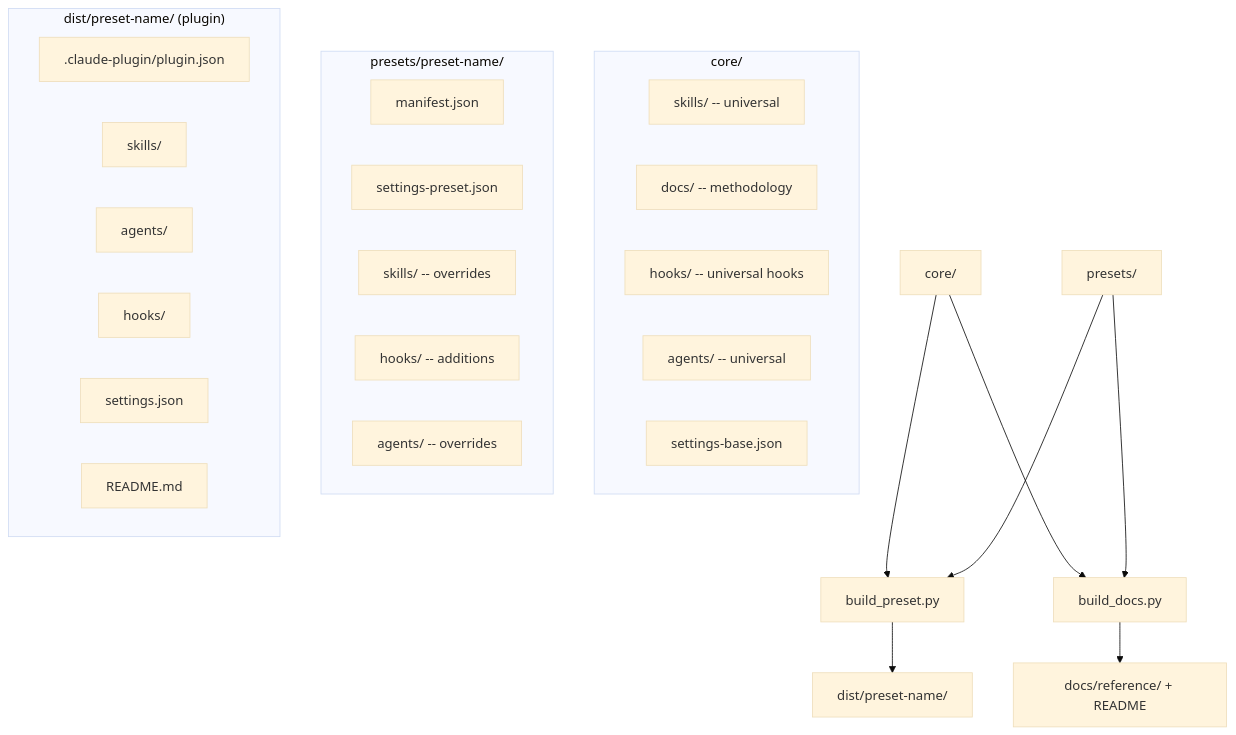
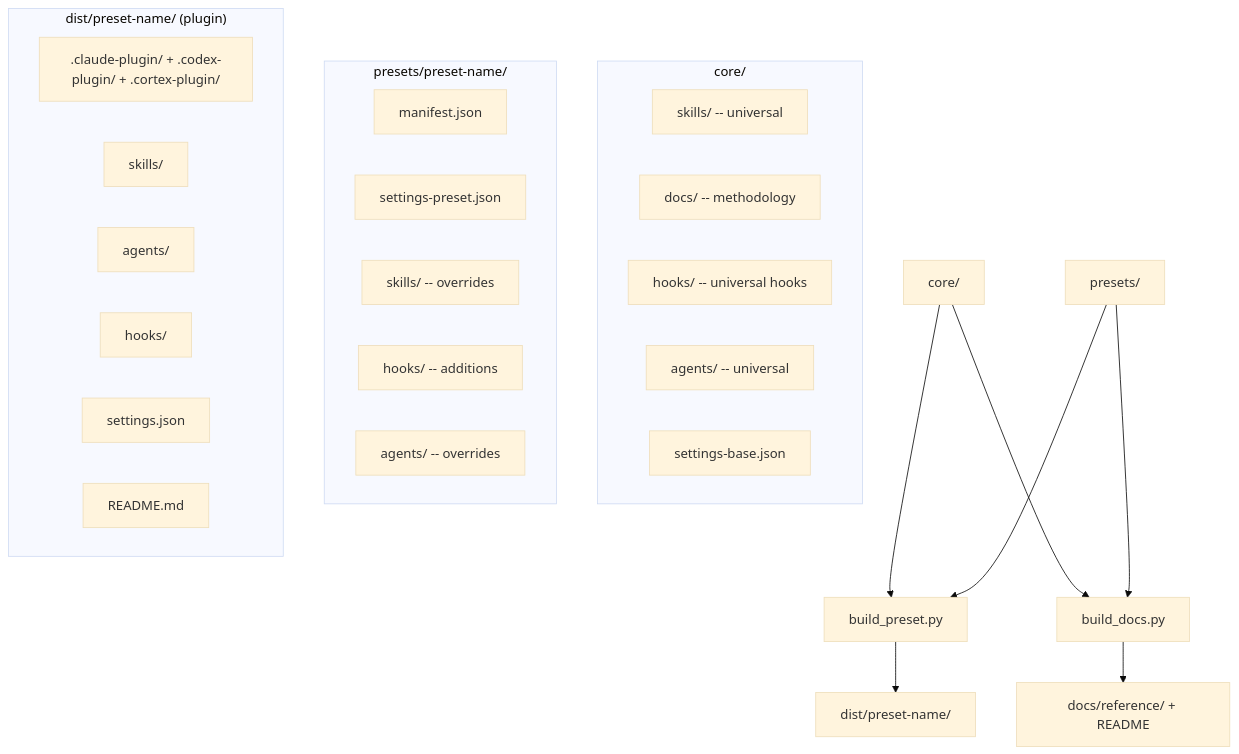
One commit to cdcoonce/the-workshop changed the second of 3 diagrams in README.md. Above: the diagram before and after it, drawn with Mermaid (base theme). The commit also changed other lines of this file and 62 other files, not shown here.

````diff
--- a/README.md
+++ b/README.md
@@ -350,35 +355,35 @@
 ```mermaid
 graph TD
     CORE[core/] --> BUILD[build_preset.py]
     PRESETS[presets/] --> BUILD
     BUILD --> DIST[dist/preset-name/]
 
     CORE --> DOCS[build_docs.py]
     PRESETS --> DOCS
     DOCS --> REF[docs/reference/ + README]
 
     subgraph "core/"
         SKILLS_CORE[skills/ -- universal]
         DOCS_CORE[docs/ -- methodology]
         HOOKS_CORE[hooks/ -- universal hooks]
         AGENTS_CORE[agents/ -- universal]
         BASE_JSON[settings-base.json]
     end
 
     subgraph "presets/preset-name/"
         MANIFEST[manifest.json]
         PRESET_JSON[settings-preset.json]
         SKILLS_PRESET[skills/ -- overrides]
         HOOKS_PRESET[hooks/ -- additions]
         AGENTS_PRESET[agents/ -- overrides]
     end
 
     subgraph "dist/preset-name/ (plugin)"
-        OUT_PLUGIN[.claude-plugin/plugin.json]
+        OUT_PLUGIN[".claude-plugin/ + .codex-plugin/ + .cortex-plugin/"]
         OUT_SKILLS[skills/]
         OUT_AGENTS[agents/]
         OUT_HOOKS[hooks/]
         OUT_SETTINGS[settings.json]
         OUT_README[README.md]
     end
 ```
````
